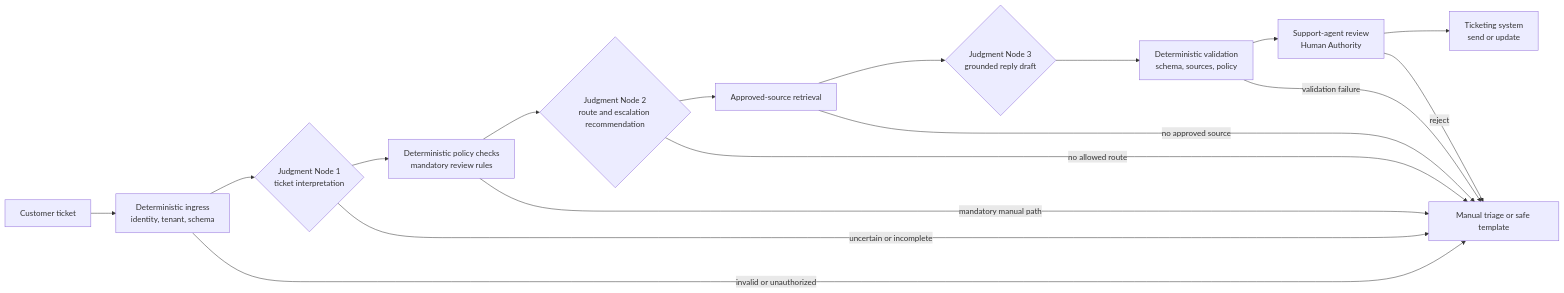
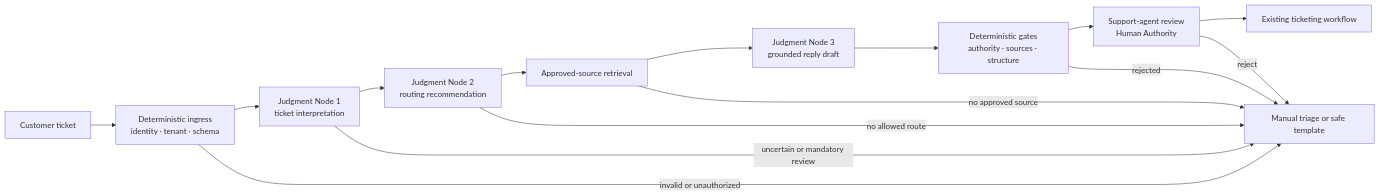
One commit to UncertaintyArchitectureGroup/uncertainty-architecture changed the first of 2 diagrams in 03-reference-architectures/worked-thinking-system-review-support-triage.md. Above: the diagram before and after it, drawn with Mermaid. The commit also changed other lines of this file, not shown here.

Commit message:
docs: migrate worked review to canonical constraint realization map

````diff
--- a/03-reference-architectures/worked-thinking-system-review-support-triage.md
+++ b/03-reference-architectures/worked-thinking-system-review-support-triage.md
@@ -91,23 +109,21 @@
 ```mermaid
 flowchart LR
     T[Customer ticket]
-    I[Deterministic ingress<br/>identity, tenant, schema]
-    J1{Judgment Node 1<br/>ticket interpretation}
-    P[Deterministic policy checks<br/>mandatory review rules]
-    J2{Judgment Node 2<br/>route and escalation recommendation}
+    I[Deterministic ingress<br/>identity · tenant · schema]
+    J1[Judgment Node 1<br/>ticket interpretation]
+    J2[Judgment Node 2<br/>routing recommendation]
     R[Approved-source retrieval]
-    J3{Judgment Node 3<br/>grounded reply draft}
-    V[Deterministic validation<br/>schema, sources, policy]
+    J3[Judgment Node 3<br/>grounded reply draft]
+    G[Deterministic gates<br/>authority · sources · structure]
     H[Support-agent review<br/>Human Authority]
-    S[Ticketing system<br/>send or update]
+    S[Existing ticketing workflow]
     F[Manual triage or safe template]
 
-    T --> I --> J1 --> P --> J2 --> R --> J3 --> V --> H --> S
+    T --> I --> J1 --> J2 --> R --> J3 --> G --> H --> S
     I -->|invalid or unauthorized| F
-    P -->|mandatory manual path| F
-    J1 -->|uncertain or incomplete| F
+    J1 -->|uncertain or mandatory review| F
     J2 -->|no allowed route| F
     R -->|no approved source| F
-    V -->|validation failure| F
+    G -->|rejected| F
     H -->|reject| F
 ```
````
